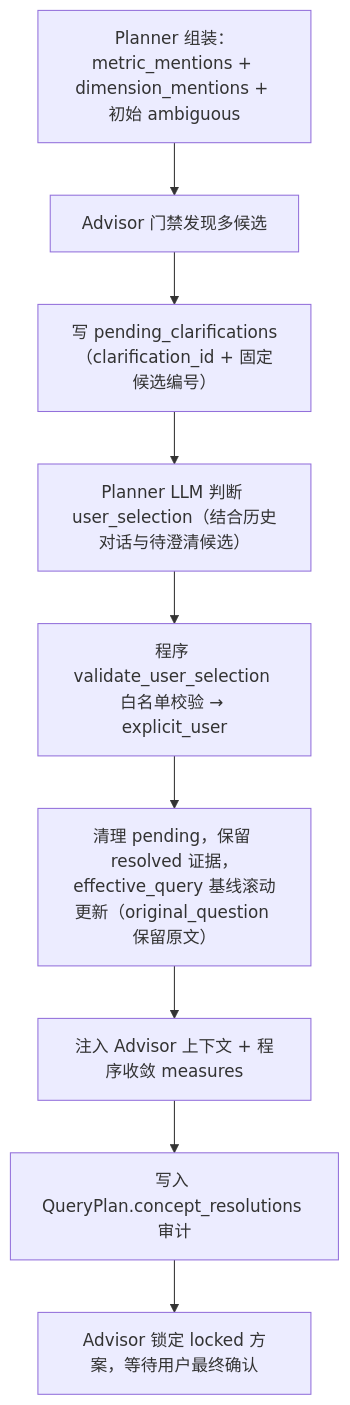
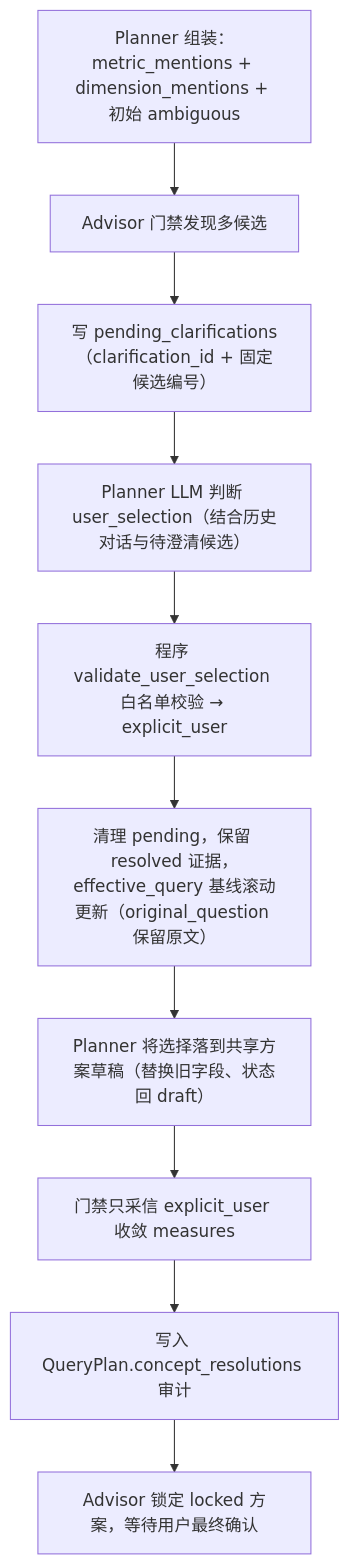
The fourth of 4 diagrams in docs/架构/多表查询执行过程详解.md (18336621007/warehouseAgent), drawn with Mermaid before and after one commit. The commit also changed other lines of this file and 21 other files, not shown here.

````diff
--- a/docs/架构/多表查询执行过程详解.md
+++ b/docs/架构/多表查询执行过程详解.md
@@ -877,11 +877,12 @@
 ```mermaid
 flowchart TD
     A["Planner 组装：metric_mentions + dimension_mentions + 初始 ambiguous"] --> B["Advisor 门禁发现多候选"]
     B --> C["写 pending_clarifications（clarification_id + 固定候选编号）"]
     C --> D["Planner LLM 判断 user_selection（结合历史对话与待澄清候选）"]
     D --> E["程序 validate_user_selection 白名单校验 → explicit_user"]
     E --> F["清理 pending，保留 resolved 证据，effective_query 基线滚动更新（original_question 保留原文）"]
-    F --> G["注入 Advisor 上下文 + 程序收敛 measures"]
-    G --> H["写入 QueryPlan.concept_resolutions 审计"]
-    H --> I["Advisor 锁定 locked 方案，等待用户最终确认"]
+    F --> G["Planner 将选择落到共享方案草稿（替换旧字段、状态回 draft）"]
+    G --> H["门禁只采信 explicit_user 收敛 measures"]
+    H --> I["写入 QueryPlan.concept_resolutions 审计"]
+    I --> J["Advisor 锁定 locked 方案，等待用户最终确认"]
 ```
````
